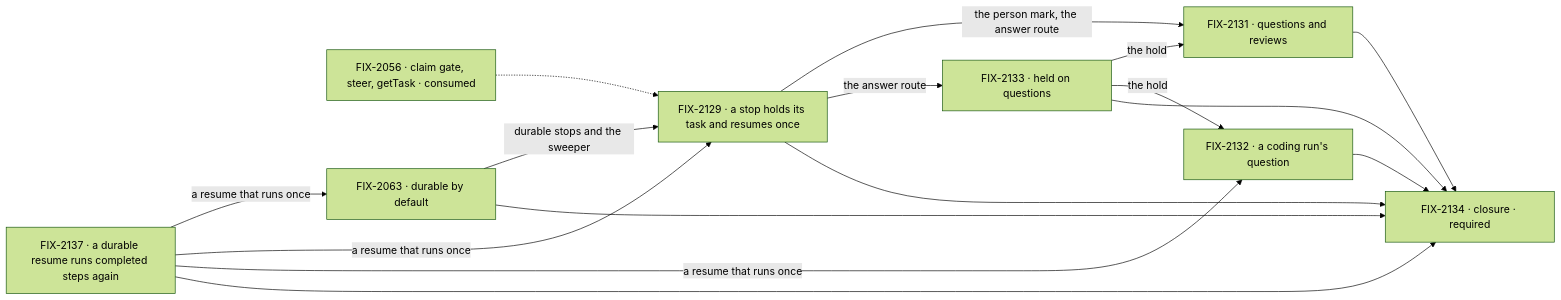
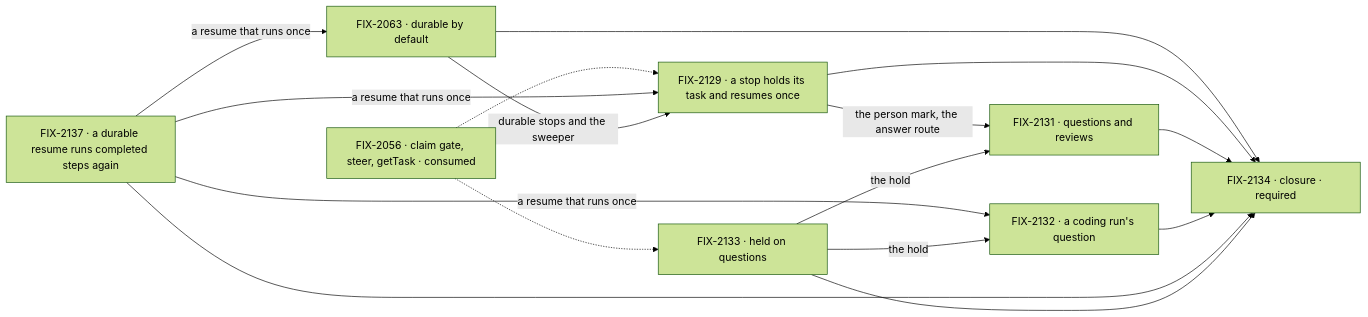
Before and after one commit to fixpoint-labs/flow-state-dev: the second of 2 diagrams in specs/epics/FIX-2058/SPEC.md, drawn with Mermaid (forest theme). The commit also changed other lines of this file and 2 other files, not shown here.

First line of the commit message:
spec(epic): FIX-2058 amendment — fold FIX-2133's answer path and edges

````diff
--- a/specs/epics/FIX-2058/SPEC.md
+++ b/specs/epics/FIX-2058/SPEC.md
@@ -108,18 +108,18 @@
 ```mermaid
 flowchart LR
   I["FIX-2056 · claim gate, steer, getTask · consumed"] -.-> B
   K["FIX-2137 · a durable resume runs completed steps again"] -->|"a resume that runs once"| A
   K -->|"a resume that runs once"| B
   K -->|"a resume that runs once"| E
   A["FIX-2063 · durable by default"] -->|"durable stops and the sweeper"| B["FIX-2129 · a stop holds its task and resumes once"]
   B -->|"the person mark, the answer route"| D["FIX-2131 · questions and reviews"]
-  B -->|"the answer route"| G["FIX-2133 · held on questions"]
+  I -.-> G["FIX-2133 · held on questions"]
   G -->|"the hold"| D
   G -->|"the hold"| E["FIX-2132 · a coding run's question"]
   A --> P["FIX-2134 · closure · required"]
   B --> P
   D --> P
   E --> P
   K --> P
   G --> P
 ```
````
